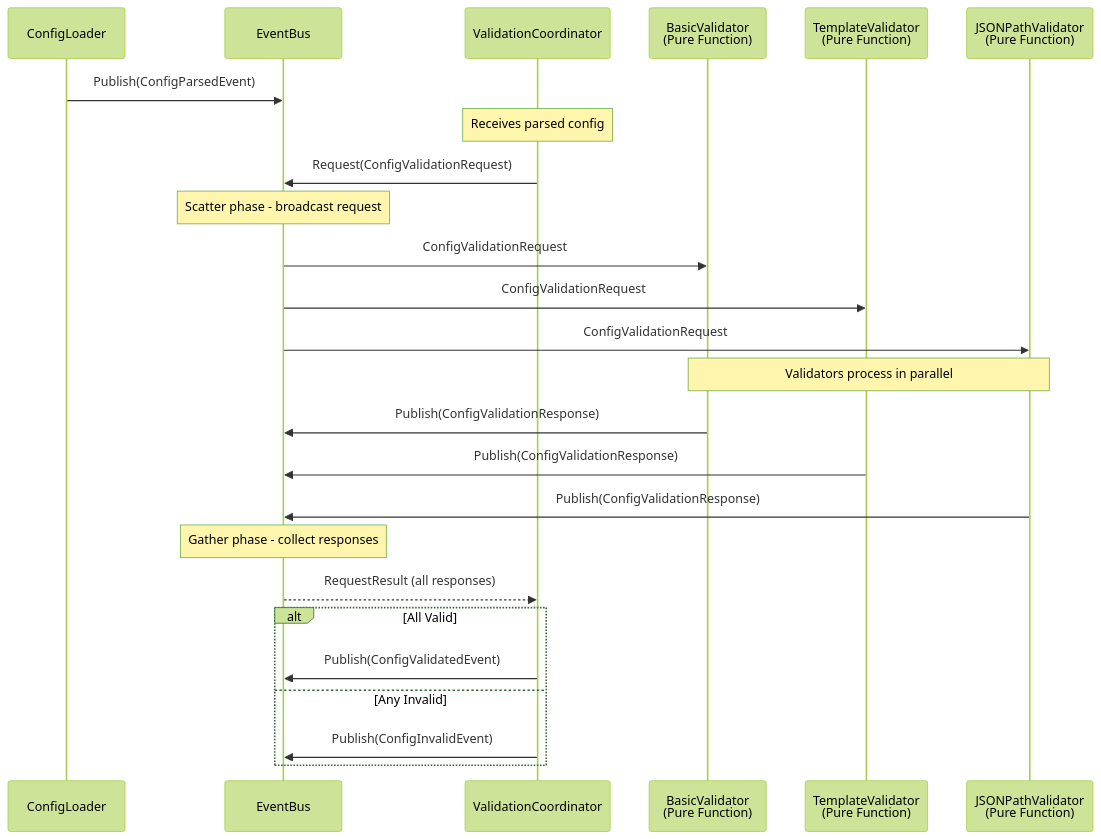
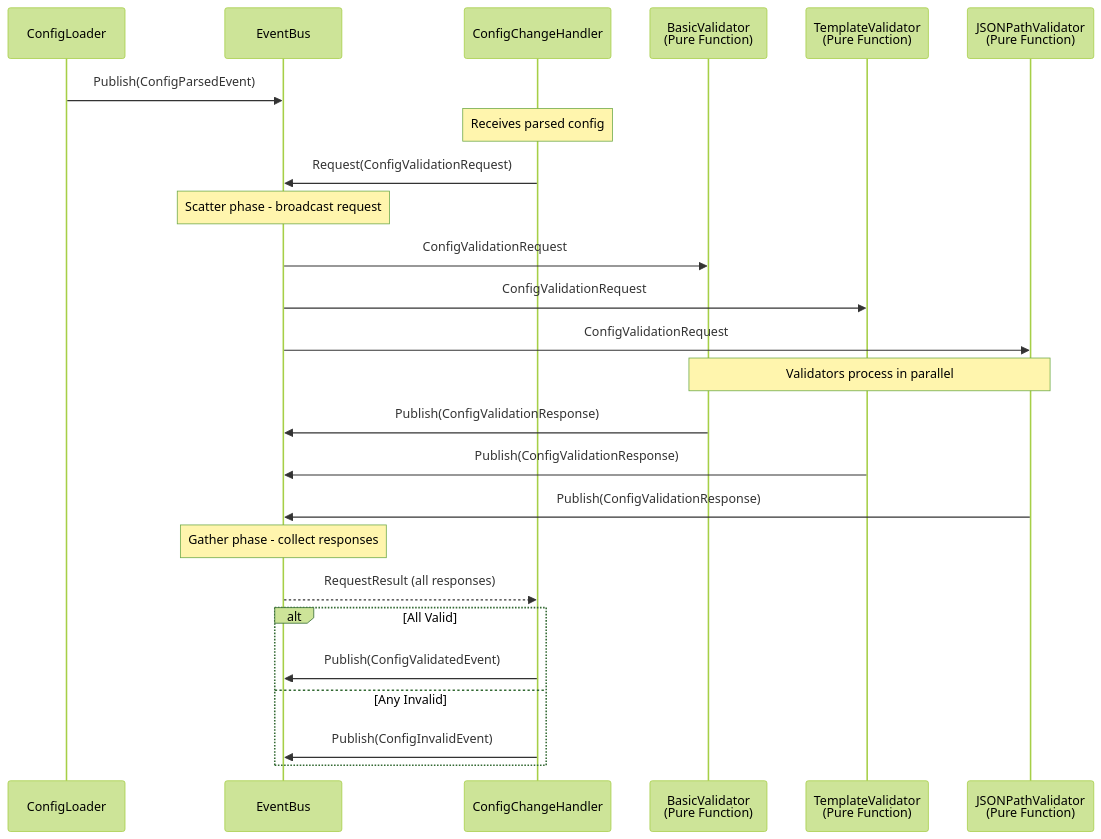
One commit to HAProxy-Template-IC/haproxy-template-ingress-controller changed the diagram in docs/controller/docs/development/design/design-decisions.md. Above: the diagram before and after it, drawn with Mermaid (forest theme). The commit also changed other lines of this file and 4 other files, not shown here.

````diff
--- a/docs/controller/docs/development/design/design-decisions.md
+++ b/docs/controller/docs/development/design/design-decisions.md
@@ -1081,37 +1081,37 @@
 ```mermaid
 sequenceDiagram
     participant CW as ConfigLoader
     participant EB as EventBus
-    participant VC as ValidationCoordinator
+    participant VC as ConfigChangeHandler
     participant BV as BasicValidator<br/>(Pure Function)
     participant TV as TemplateValidator<br/>(Pure Function)
     participant JV as JSONPathValidator<br/>(Pure Function)
 
     CW->>EB: Publish(ConfigParsedEvent)
 
     Note over VC: Receives parsed config
 
     VC->>EB: Request(ConfigValidationRequest)
 
     Note over EB: Scatter phase - broadcast request
 
     EB->>BV: ConfigValidationRequest
     EB->>TV: ConfigValidationRequest
     EB->>JV: ConfigValidationRequest
 
     Note over BV,JV: Validators process in parallel
 
     BV->>EB: Publish(ConfigValidationResponse)
     TV->>EB: Publish(ConfigValidationResponse)
     JV->>EB: Publish(ConfigValidationResponse)
 
     Note over EB: Gather phase - collect responses
 
     EB-->>VC: RequestResult (all responses)
 
     alt All Valid
         VC->>EB: Publish(ConfigValidatedEvent)
     else Any Invalid
         VC->>EB: Publish(ConfigInvalidEvent)
     end
 ```
````
